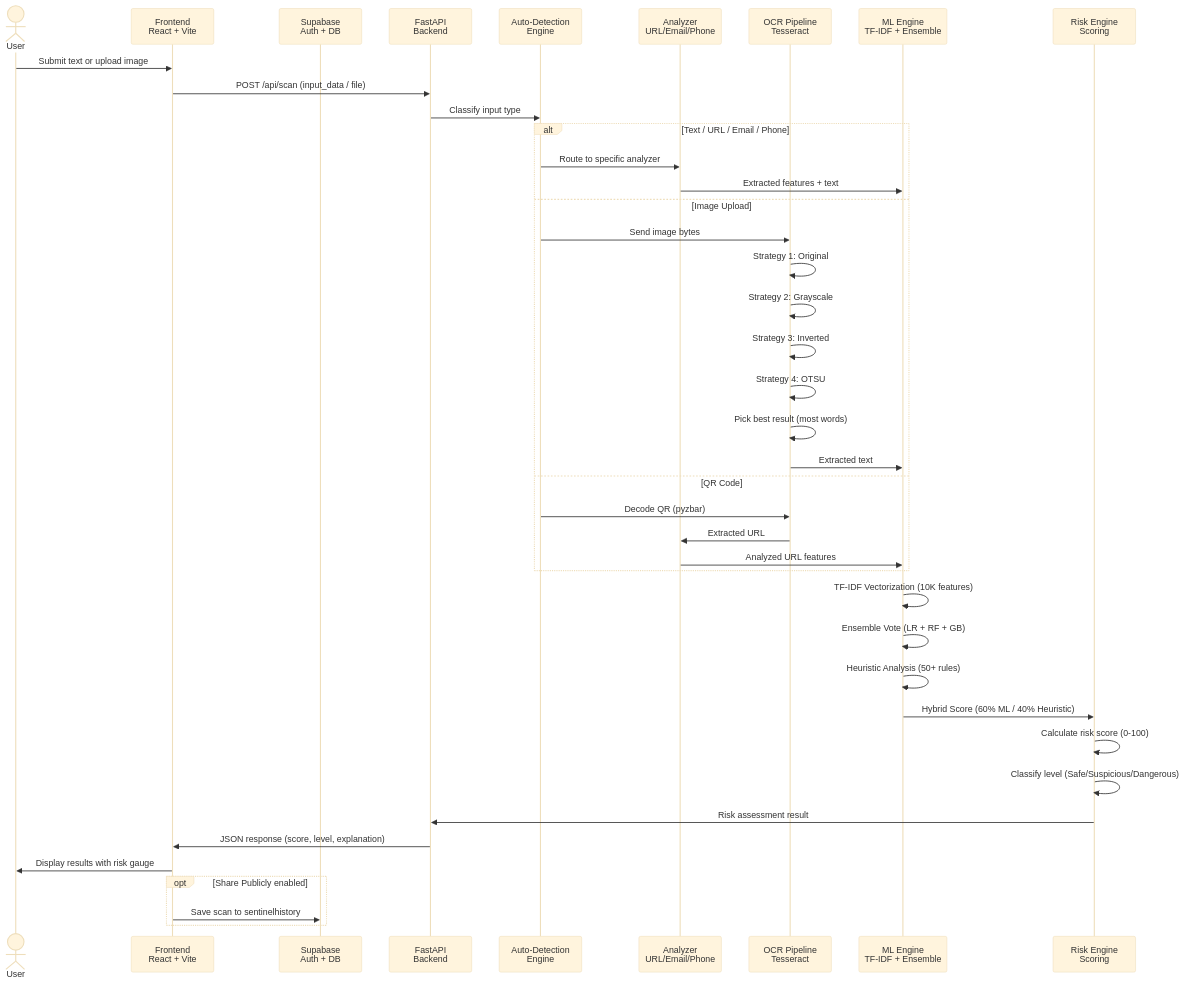
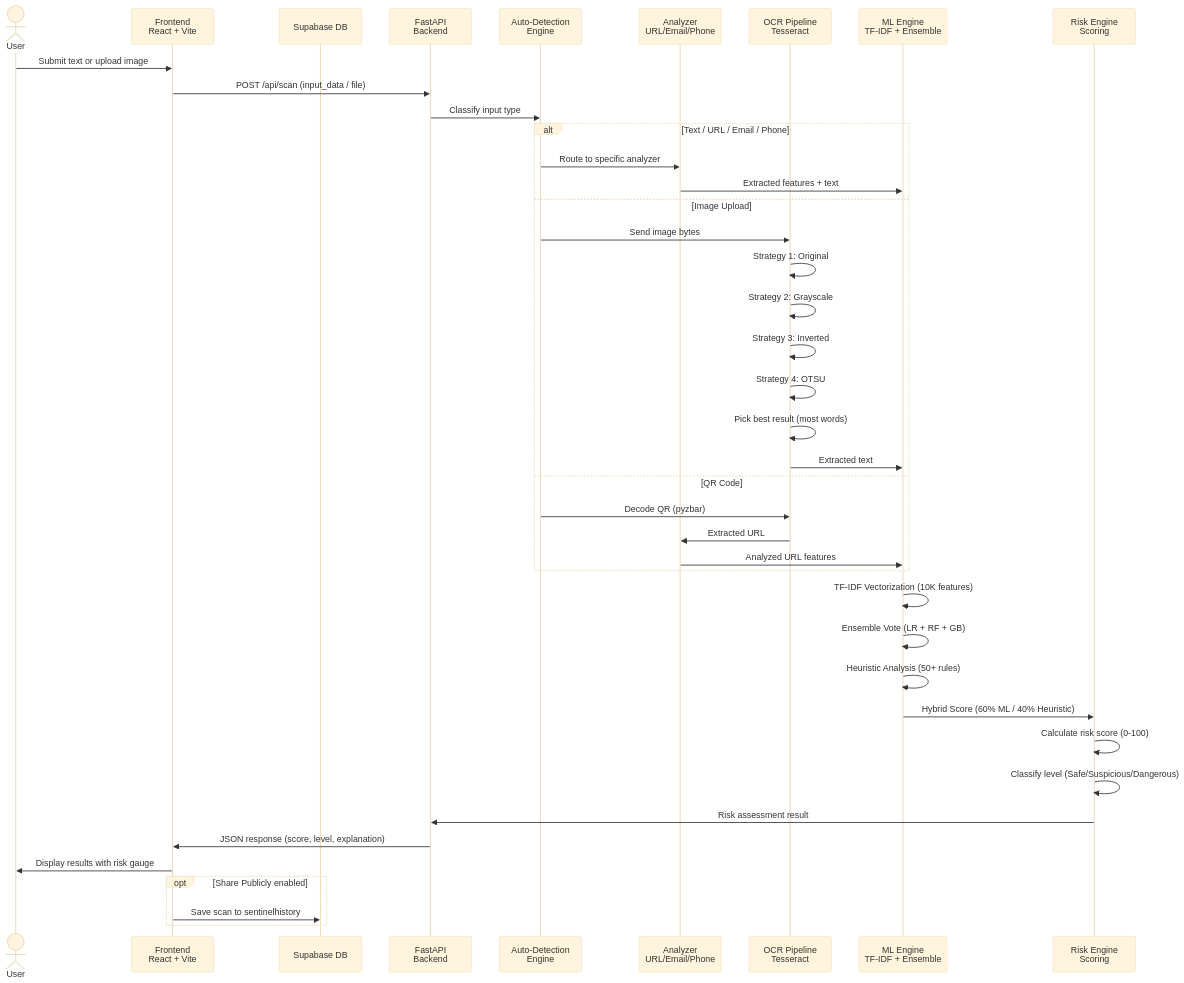
The diagram in README.md (Patel-Priyank-1602/Sentai), drawn with Mermaid (base theme) before and after one commit. The commit also changed other lines of this file, not shown here.

````diff
--- a/README.md
+++ b/README.md
@@ -96,50 +95,50 @@
 ```mermaid
 sequenceDiagram
     actor User
     participant Frontend as Frontend<br/>React + Vite
-    participant Supabase as Supabase<br/>Auth + DB
+    participant Supabase as Supabase DB
     participant API as FastAPI<br/>Backend
     participant Detect as Auto-Detection<br/>Engine
     participant Analyzer as Analyzer<br/>URL/Email/Phone
     participant OCR as OCR Pipeline<br/>Tesseract
     participant ML as ML Engine<br/>TF-IDF + Ensemble
     participant Risk as Risk Engine<br/>Scoring
 
     User->>Frontend: Submit text or upload image
     Frontend->>API: POST /api/scan (input_data / file)
 
     API->>Detect: Classify input type
 
     alt Text / URL / Email / Phone
         Detect->>Analyzer: Route to specific analyzer
         Analyzer->>ML: Extracted features + text
     else Image Upload
         Detect->>OCR: Send image bytes
         OCR->>OCR: Strategy 1: Original
         OCR->>OCR: Strategy 2: Grayscale
         OCR->>OCR: Strategy 3: Inverted
         OCR->>OCR: Strategy 4: OTSU
         OCR->>OCR: Pick best result (most words)
         OCR->>ML: Extracted text
     else QR Code
         Detect->>OCR: Decode QR (pyzbar)
         OCR->>Analyzer: Extracted URL
         Analyzer->>ML: Analyzed URL features
     end
 
     ML->>ML: TF-IDF Vectorization (10K features)
     ML->>ML: Ensemble Vote (LR + RF + GB)
     ML->>ML: Heuristic Analysis (50+ rules)
     ML->>Risk: Hybrid Score (60% ML / 40% Heuristic)
 
     Risk->>Risk: Calculate risk score (0-100)
     Risk->>Risk: Classify level (Safe/Suspicious/Dangerous)
     Risk->>API: Risk assessment result
 
     API->>Frontend: JSON response (score, level, explanation)
     Frontend->>User: Display results with risk gauge
 
     opt Share Publicly enabled
         Frontend->>Supabase: Save scan to sentinelhistory
     end
 ```
````
